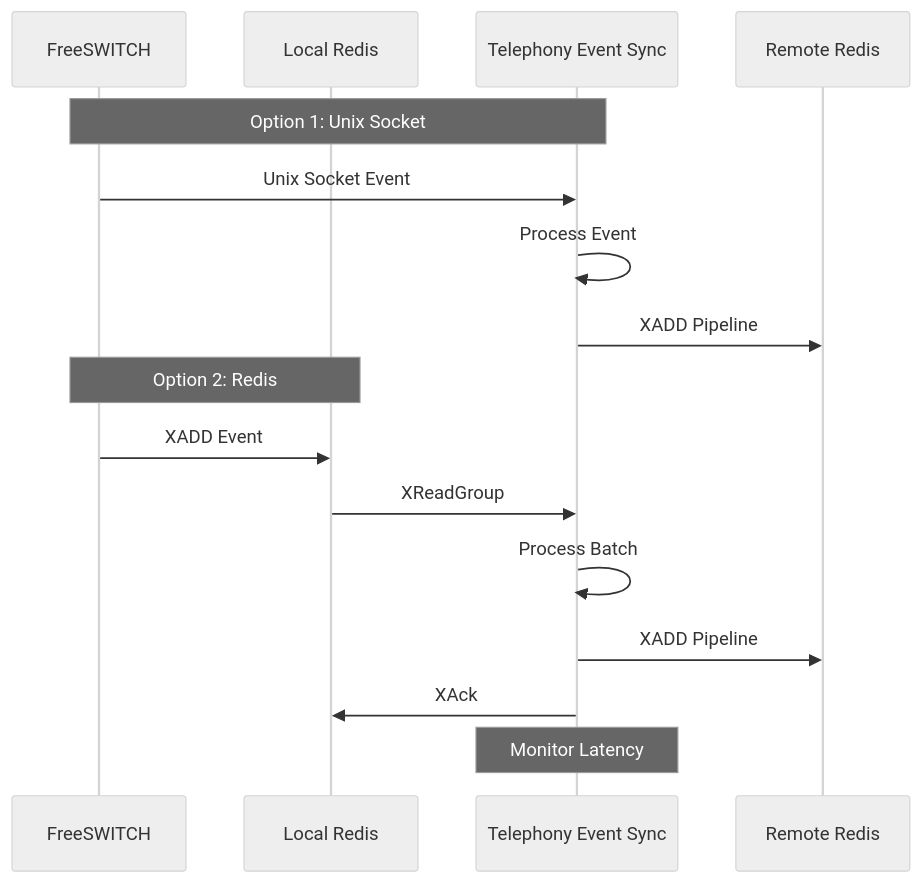
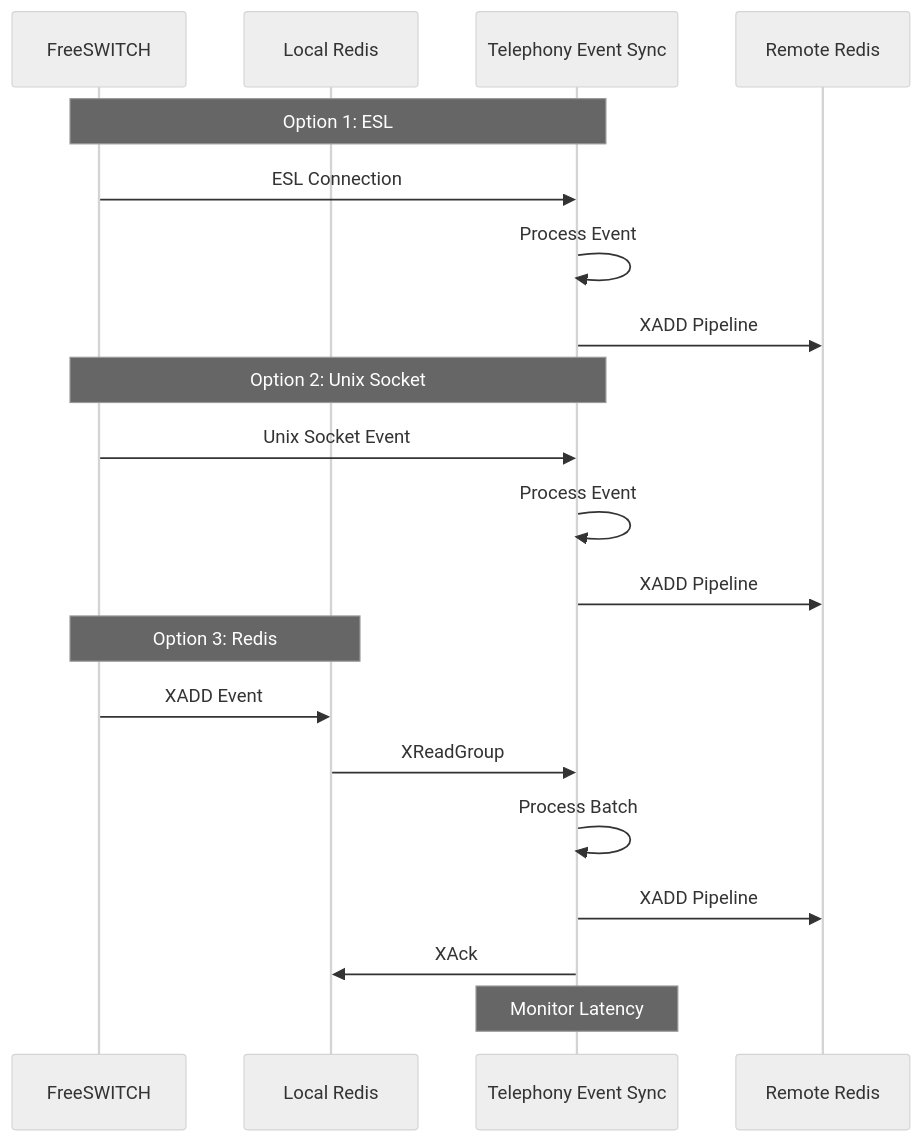
Before and after one commit to rauxiliar/telephonyEventSync: the fifth of 6 diagrams in README.md, drawn with Mermaid (neutral theme). The commit also changed other lines of this file and 6 other files, not shown here.

````diff
--- a/README.md
+++ b/README.md
@@ -116,21 +170,26 @@
 ```mermaid
 sequenceDiagram
     participant FS as FreeSWITCH
     participant LR as Local Redis
     participant TES as Telephony Event Sync
     participant RR as Remote Redis
 
-    Note over FS,TES: Option 1: Unix Socket
+    Note over FS,TES: Option 1: ESL
+    FS->>TES: ESL Connection
+    TES->>TES: Process Event
+    TES->>RR: XADD Pipeline
+
+    Note over FS,TES: Option 2: Unix Socket
     FS->>TES: Unix Socket Event
     TES->>TES: Process Event
     TES->>RR: XADD Pipeline
 
-    Note over FS,LR: Option 2: Redis
+    Note over FS,LR: Option 3: Redis
     FS->>LR: XADD Event
     LR->>TES: XReadGroup
     TES->>TES: Process Batch
     TES->>RR: XADD Pipeline
     TES->>LR: XAck
 
     Note over TES: Monitor Latency
 ```
````
